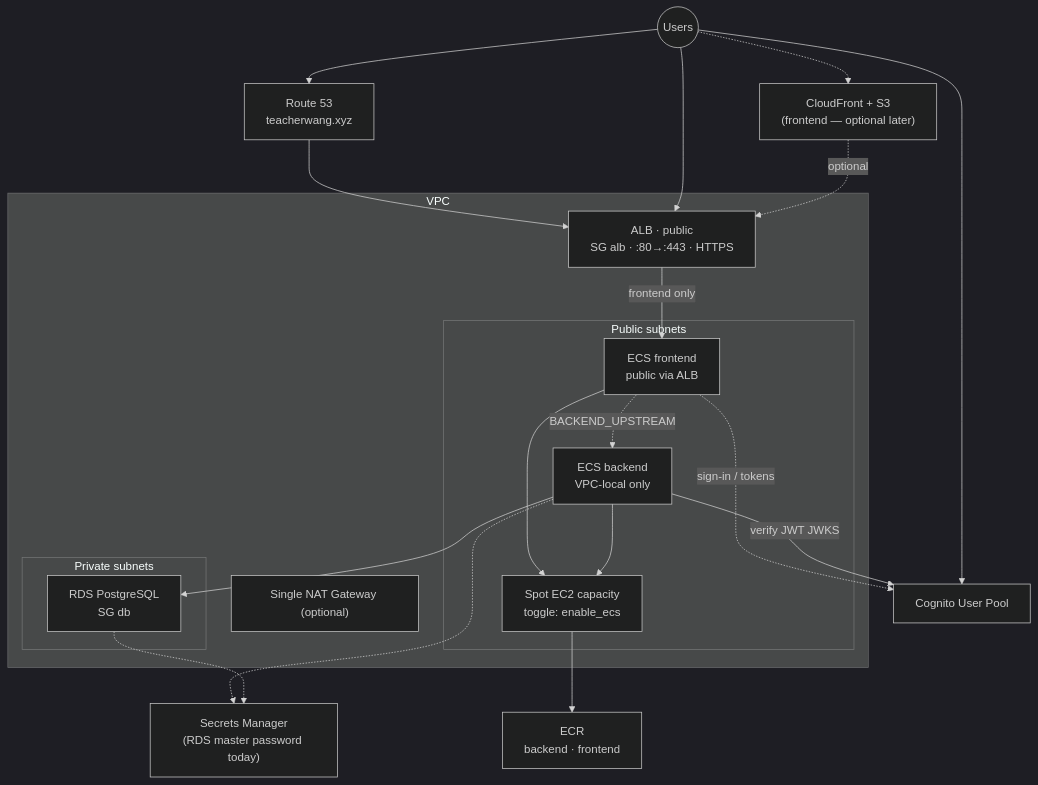
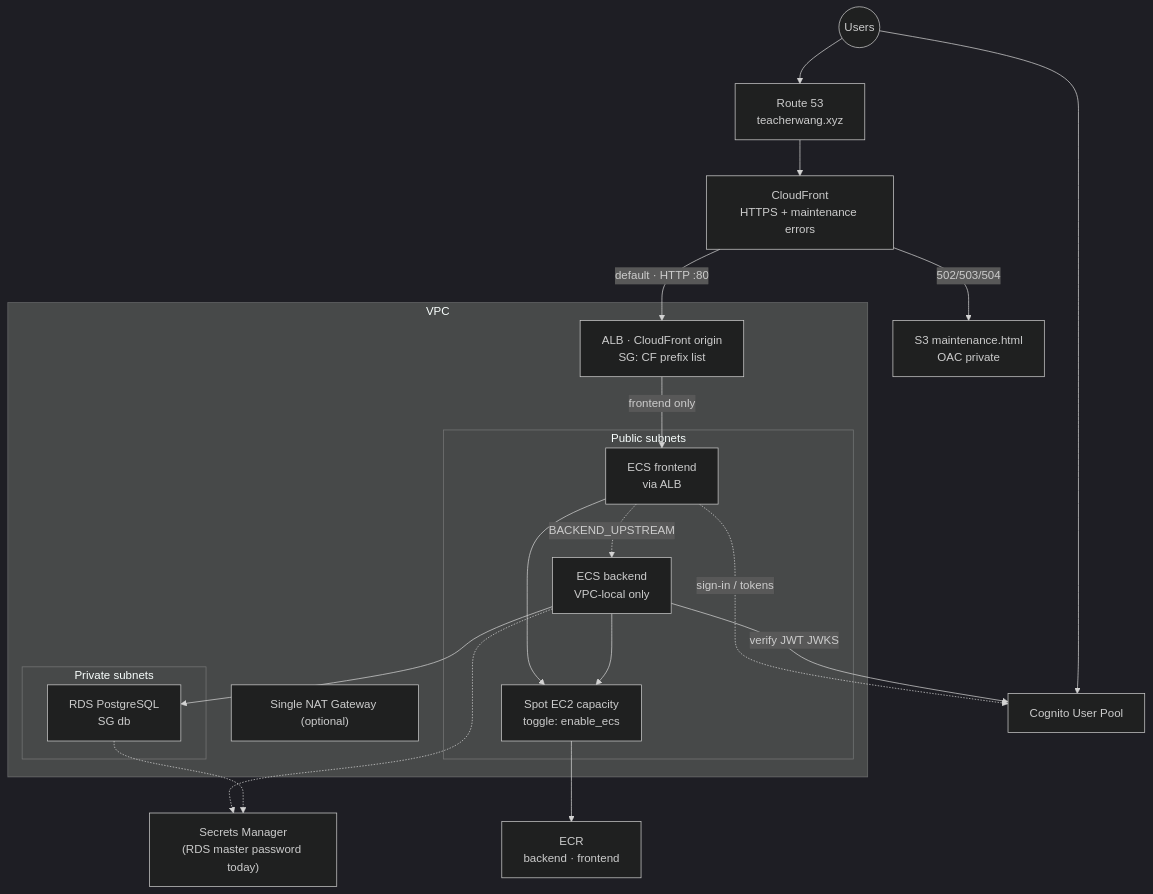
The eighth of 9 diagrams in docs/architecture.md (mazarsju/teacher-wang-infra), drawn with Mermaid (dark theme) before and after one commit. The commit also changed other lines of this file and 13 other files, not shown here.

````diff
--- a/docs/architecture.md
+++ b/docs/architecture.md
@@ -261,45 +281,45 @@
 ```mermaid
 flowchart TB
   Users((Users))
 
-  CF["CloudFront + S3<br/>(frontend — optional later)"]
   R53["Route 53<br/>teacherwang.xyz"]
+  CF["CloudFront<br/>HTTPS + maintenance errors"]
+  MaintS3["S3 maintenance.html<br/>OAC private"]
 
   Users --> R53
-  R53 --> ALB
-  Users --> ALB
-  Users -.-> CF
+  R53 --> CF
+  CF -->|default · HTTP :80| ALB
+  CF -->|502/503/504| MaintS3
 
   subgraph VPC["VPC"]
-    ALB["ALB · public<br/>SG alb · :80→:443 · HTTPS"]
+    ALB["ALB · CloudFront origin<br/>SG: CF prefix list"]
 
     subgraph Public["Public subnets"]
-      FE["ECS frontend<br/>public via ALB"]
+      FE["ECS frontend<br/>via ALB"]
       BE["ECS backend<br/>VPC-local only"]
       ECS["Spot EC2 capacity<br/>toggle: enable_ecs"]
     end
 
     subgraph Private["Private subnets"]
       RDS["RDS PostgreSQL<br/>SG db"]
     end
 
     NAT["Single NAT Gateway (optional)"]
   end
 
   ECR["ECR<br/>backend · frontend"]
   Cognito["Cognito User Pool"]
   SM["Secrets Manager<br/>(RDS master password today)"]
 
   Users --> Cognito
   FE -.->|sign-in / tokens| Cognito
   ALB -->|frontend only| FE
   FE -.->|BACKEND_UPSTREAM| BE
   BE -->|verify JWT JWKS| Cognito
   BE --> RDS
   FE --> ECS
   BE --> ECS
   ECS --> ECR
   BE -.-> SM
   RDS -.-> SM
-  CF -.->|optional| ALB
 ```
````
